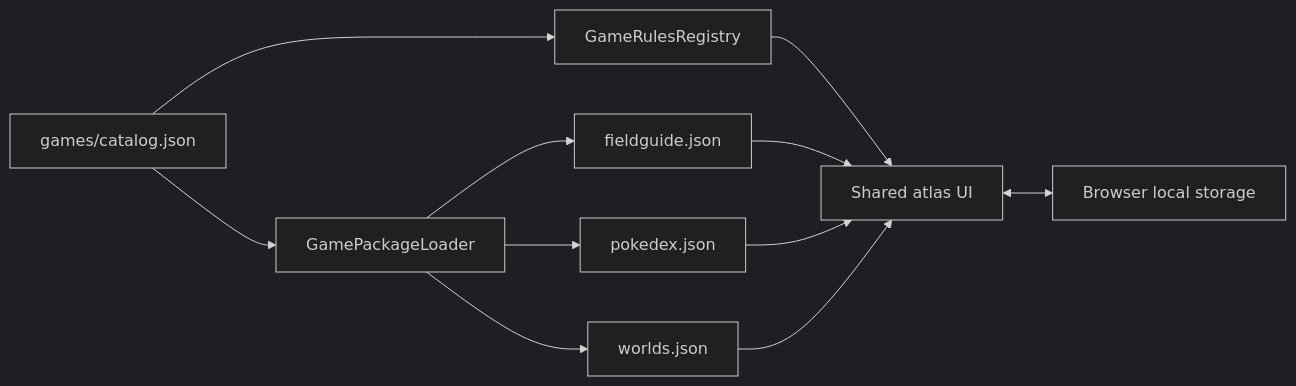
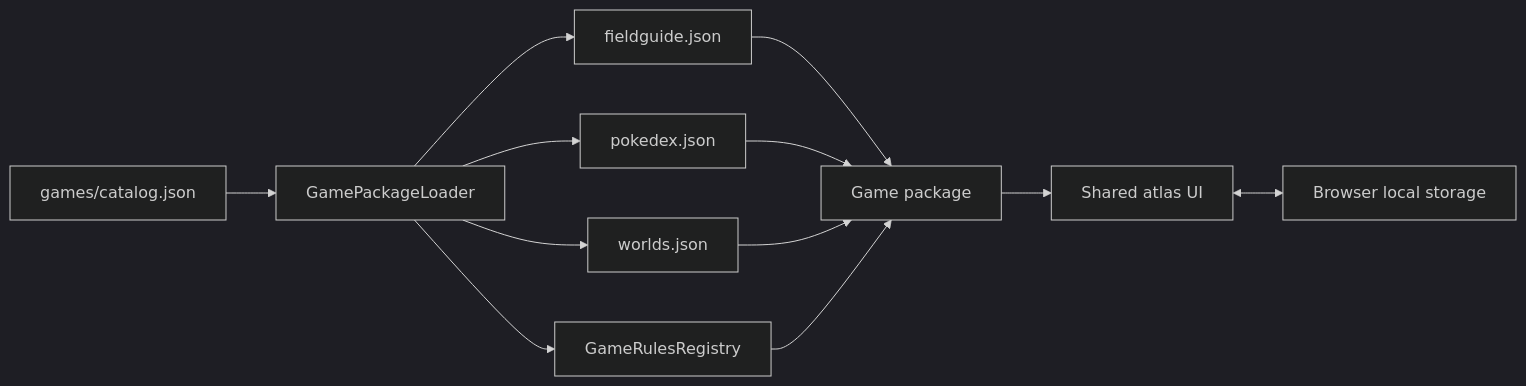
Before and after one commit to trowgundam/pokemon_field_guide: the diagram in docs/architecture.md, drawn with Mermaid (dark theme). The commit also changed other lines of this file and 13 other files, not shown here.

Commit message:
Refactor game package queries behind loader

````diff
--- a/docs/architecture.md
+++ b/docs/architecture.md
@@ -11,13 +11,14 @@
 ```mermaid
 flowchart LR
     C[games/catalog.json] --> L[GamePackageLoader]
     L --> D[fieldguide.json]
     L --> P[pokedex.json]
     L --> W[worlds.json]
-    C --> R[GameRulesRegistry]
-    R --> U[Shared atlas UI]
-    D --> U
-    P --> U
-    W --> U
+    L --> R[GameRulesRegistry]
+    D --> G[Game package]
+    P --> G
+    W --> G
+    R --> G
+    G --> U[Shared atlas UI]
     U <--> S[Browser local storage]
 ```
````
